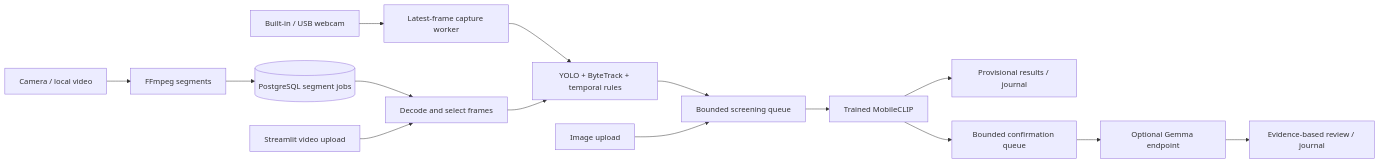
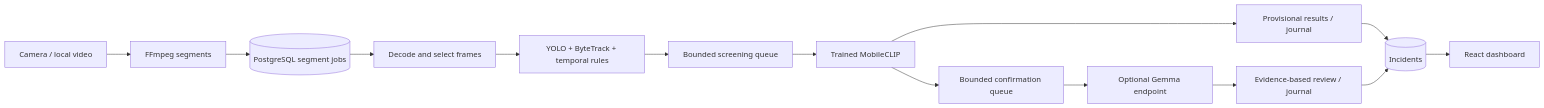
The diagram in README.md (Capstone-S25/capstone_S25), drawn with Mermaid before and after one commit. The commit also changed other lines of this file and 13 other files, not shown here.

````diff
--- a/README.md
+++ b/README.md
@@ -13,17 +13,16 @@
 ```mermaid
 flowchart LR
     C[Camera / local video] --> F[FFmpeg segments]
     F --> DB[(PostgreSQL segment jobs)]
     DB --> D[Decode and select frames]
-    U[Streamlit video upload] --> D
-    W[Built-in / USB webcam] --> L[Latest-frame capture worker]
-    L --> T
     D --> T[YOLO + ByteTrack + temporal rules]
     T --> S[Bounded screening queue]
     S --> M[Trained MobileCLIP]
     M --> P[Provisional results / journal]
     M --> Q[Bounded confirmation queue]
     Q --> G[Optional Gemma endpoint]
     G --> R[Evidence-based review / journal]
-    I[Image upload] --> S
+    P --> X[(Incidents)]
+    R --> X
+    X --> UI[React dashboard]
 ```
````
